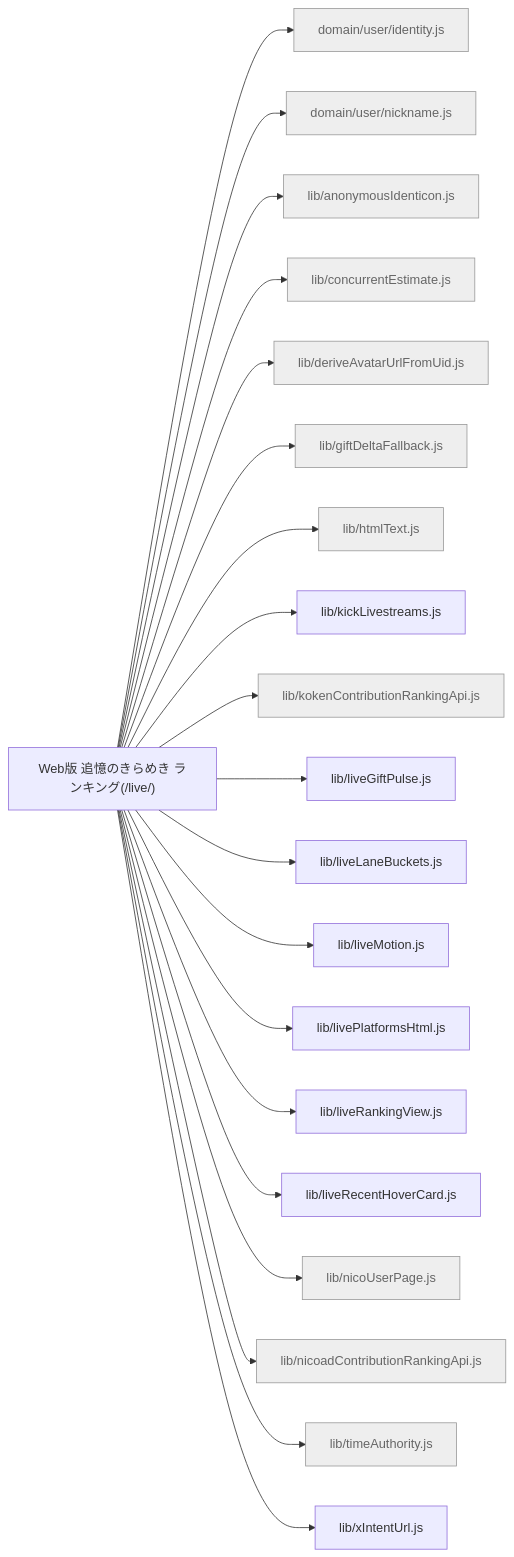
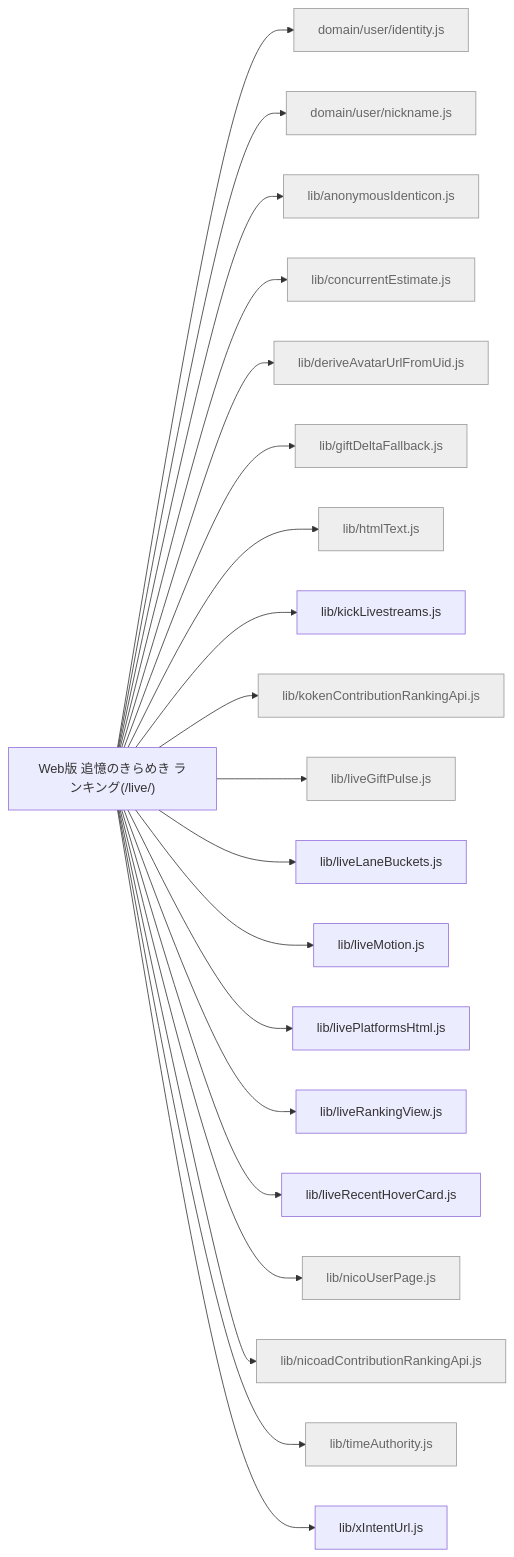
Before and after one commit to kimito-link/tsuioku-no-kirameki.com: the diagram in docs/feature-map/live-ranking.md, drawn with Mermaid. The commit also changed 33 other files, not shown here.

````diff
--- a/docs/feature-map/live-ranking.md
+++ b/docs/feature-map/live-ranking.md
@@ -13,24 +13,24 @@
 ```mermaid
 graph LR
   n_live_ranking["Web版 追憶のきらめき ランキング(/live/)"]
   n_live_ranking --> n_src_domain_user_identity_js["domain/user/identity.js"]:::shared
   n_live_ranking --> n_src_domain_user_nickname_js["domain/user/nickname.js"]:::shared
   n_live_ranking --> n_src_lib_anonymousIdenticon_js["lib/anonymousIdenticon.js"]:::shared
   n_live_ranking --> n_src_lib_concurrentEstimate_js["lib/concurrentEstimate.js"]:::shared
   n_live_ranking --> n_src_lib_deriveAvatarUrlFromUid_js["lib/deriveAvatarUrlFromUid.js"]:::shared
   n_live_ranking --> n_src_lib_giftDeltaFallback_js["lib/giftDeltaFallback.js"]:::shared
   n_live_ranking --> n_src_lib_htmlText_js["lib/htmlText.js"]:::shared
   n_live_ranking --> n_src_lib_kickLivestreams_js["lib/kickLivestreams.js"]
   n_live_ranking --> n_src_lib_kokenContributionRankingApi_js["lib/kokenContributionRankingApi.js"]:::shared
-  n_live_ranking --> n_src_lib_liveGiftPulse_js["lib/liveGiftPulse.js"]
+  n_live_ranking --> n_src_lib_liveGiftPulse_js["lib/liveGiftPulse.js"]:::shared
   n_live_ranking --> n_src_lib_liveLaneBuckets_js["lib/liveLaneBuckets.js"]
   n_live_ranking --> n_src_lib_liveMotion_js["lib/liveMotion.js"]
   n_live_ranking --> n_src_lib_livePlatformsHtml_js["lib/livePlatformsHtml.js"]
   n_live_ranking --> n_src_lib_liveRankingView_js["lib/liveRankingView.js"]
   n_live_ranking --> n_src_lib_liveRecentHoverCard_js["lib/liveRecentHoverCard.js"]
   n_live_ranking --> n_src_lib_nicoUserPage_js["lib/nicoUserPage.js"]:::shared
   n_live_ranking --> n_src_lib_nicoadContributionRankingApi_js["lib/nicoadContributionRankingApi.js"]:::shared
   n_live_ranking --> n_src_lib_timeAuthority_js["lib/timeAuthority.js"]:::shared
   n_live_ranking --> n_src_lib_xIntentUrl_js["lib/xIntentUrl.js"]
   classDef shared fill:#eee,stroke:#999,color:#666;
 ```
````
